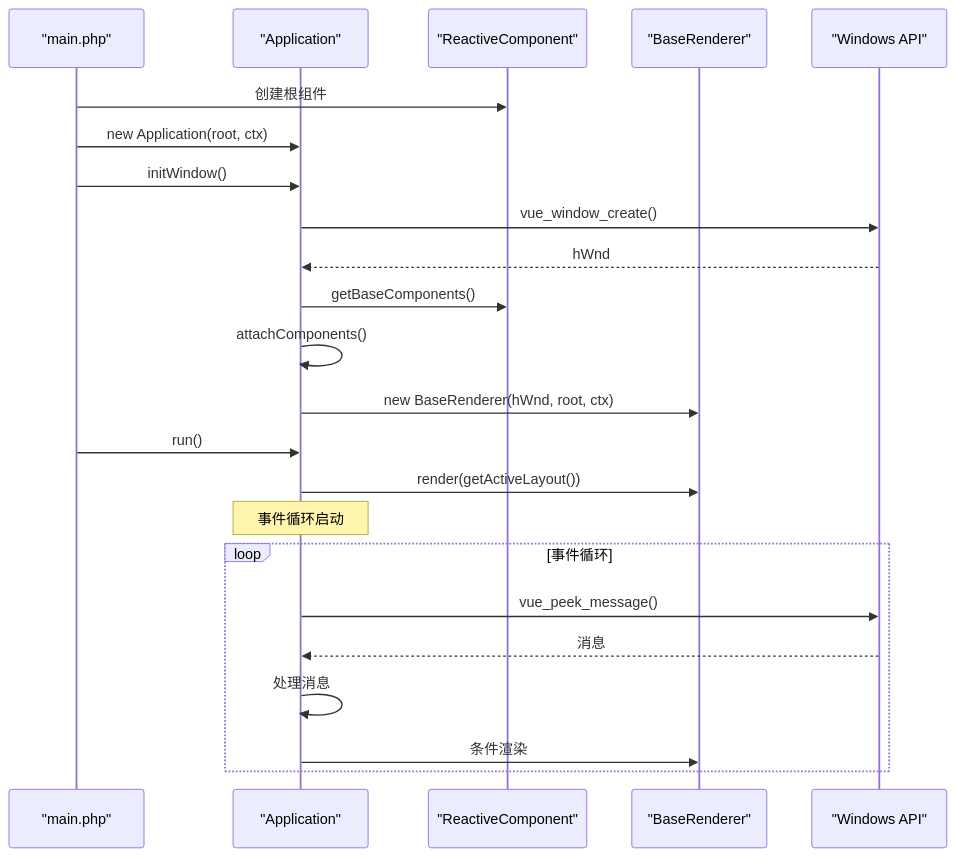
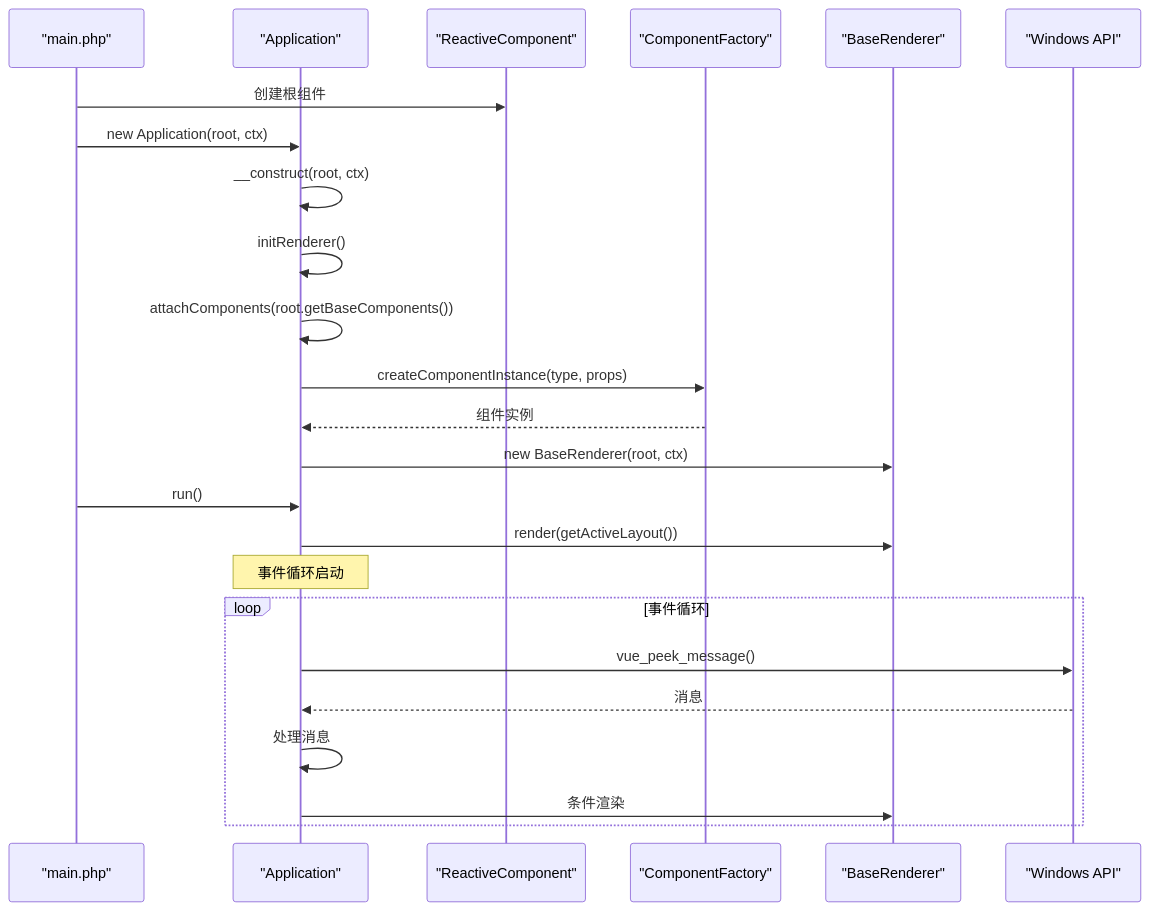
The fourth of 10 diagrams in .qoder/repowiki/zh/content/核心架构设计/应用控制设计.md (xingye00186/PUI), drawn with Mermaid before and after one commit. The commit also changed other lines of this file and 10 other files, not shown here.

````diff
--- a/.qoder/repowiki/zh/content/核心架构设计/应用控制设计.md
+++ b/.qoder/repowiki/zh/content/核心架构设计/应用控制设计.md
@@ -219,25 +245,26 @@
 ```mermaid
 sequenceDiagram
 participant Main as "main.php"
 participant App as "Application"
 participant Root as "ReactiveComponent"
+participant Factory as "ComponentFactory"
 participant Renderer as "BaseRenderer"
 participant Window as "Windows API"
 Main->>Root : 创建根组件
 Main->>App : new Application(root, ctx)
-Main->>App : initWindow()
-App->>Window : vue_window_create()
-Window-->>App : hWnd
-App->>Root : getBaseComponents()
-App->>App : attachComponents()
-App->>Renderer : new BaseRenderer(hWnd, root, ctx)
+App->>App : __construct(root, ctx)
+App->>App : initRenderer()
+App->>App : attachComponents(root.getBaseComponents())
+App->>Factory : createComponentInstance(type, props)
+Factory-->>App : 组件实例
+App->>Renderer : new BaseRenderer(root, ctx)
 Main->>App : run()
 App->>Renderer : render(getActiveLayout())
 Note over App : 事件循环启动
 loop 事件循环
 App->>Window : vue_peek_message()
 Window-->>App : 消息
 App->>App : 处理消息
 App->>Renderer : 条件渲染
 end
 ```
````
